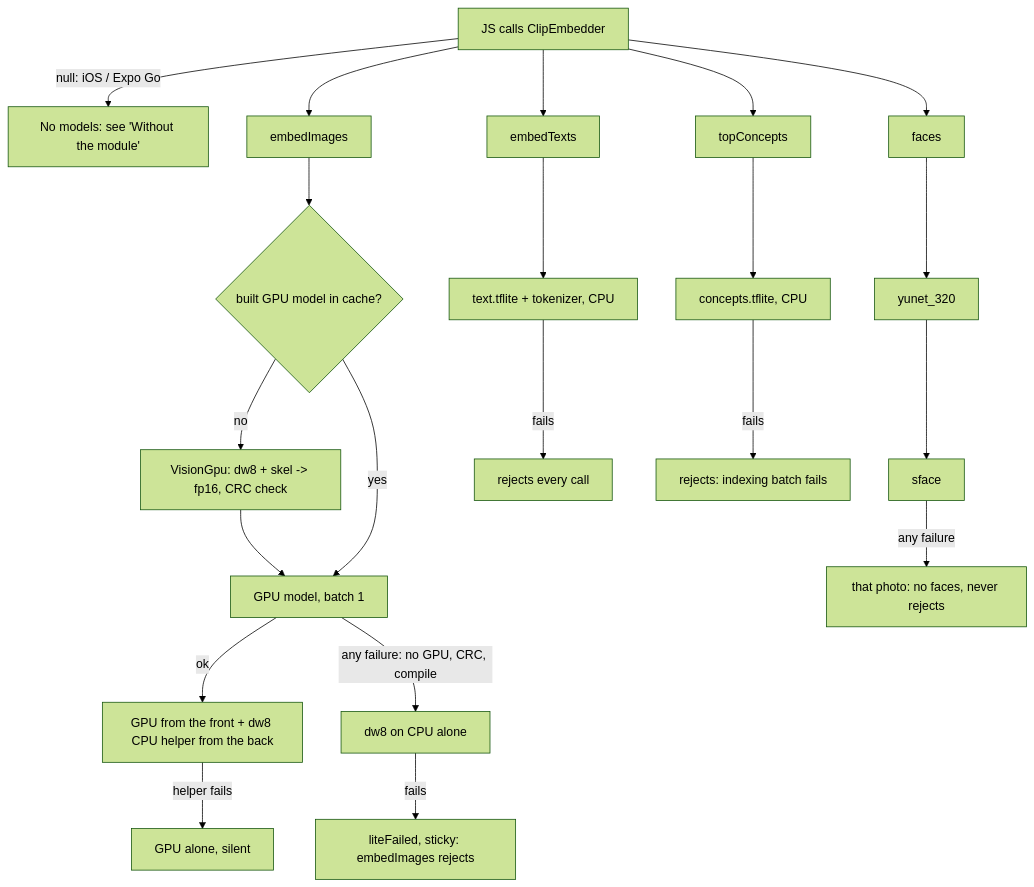
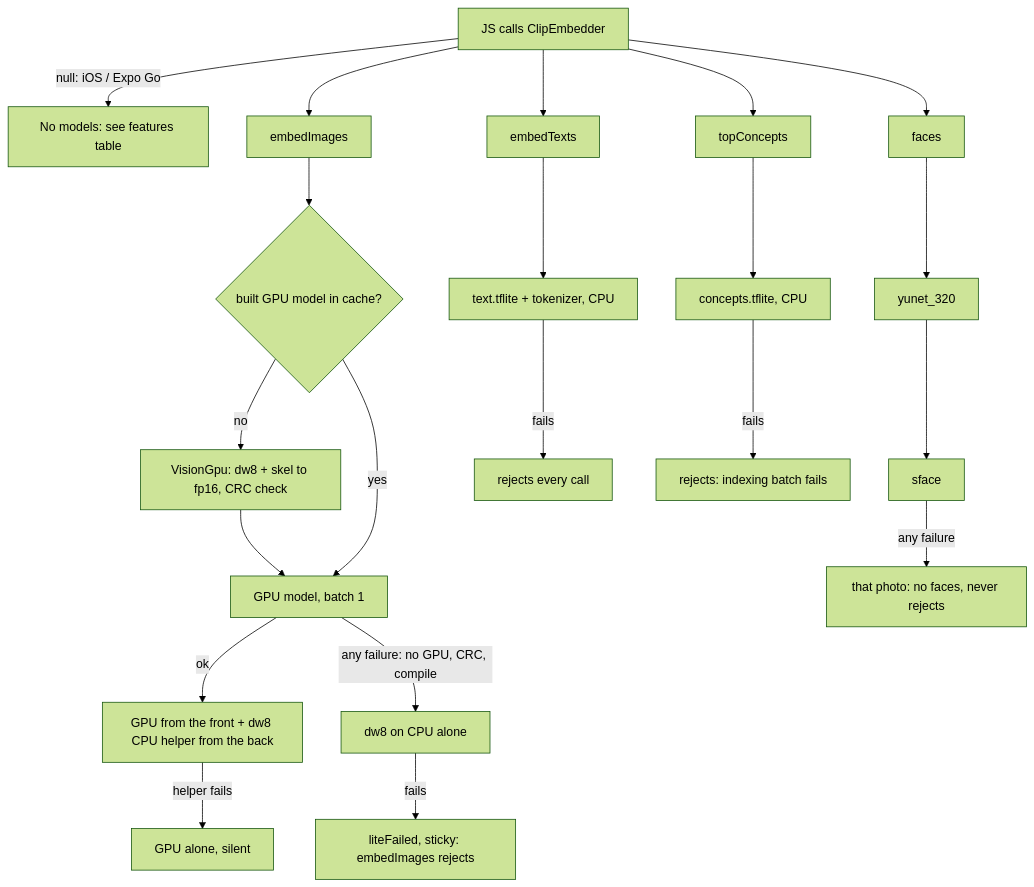
One commit to kerembay9/daydump-app changed the diagram in MODELS.md. Above: the diagram before and after it, drawn with Mermaid (forest theme).

Commit message:
MODELS.md: fix two flowchart labels

````diff
--- a/MODELS.md
+++ b/MODELS.md
@@ -27,21 +27,21 @@
 ```mermaid
 flowchart TD
-  JS[JS calls ClipEmbedder] -->|null: iOS / Expo Go| NONE[No models: see 'Without the module']
+  JS[JS calls ClipEmbedder] -->|null: iOS / Expo Go| NONE[No models: see features table]
   JS --> IMG[embedImages]
   JS --> TXT[embedTexts]
   JS --> CON[topConcepts]
   JS --> FACE[faces]
 
   IMG --> BUILD{built GPU model in cache?}
-  BUILD -->|no| VG[VisionGpu: dw8 + skel -> fp16, CRC check]
+  BUILD -->|no| VG[VisionGpu: dw8 + skel to fp16, CRC check]
   BUILD -->|yes| GPU
   VG --> GPU[GPU model, batch 1]
   GPU -->|ok| PAR[GPU from the front + dw8 CPU helper from the back]
   PAR -->|helper fails| GPUONLY[GPU alone, silent]
   GPU -->|any failure: no GPU, CRC, compile| CPU8[dw8 on CPU alone]
   CPU8 -->|fails| FAIL[liteFailed, sticky: embedImages rejects]
 
   TXT --> TM[text.tflite + tokenizer, CPU] -->|fails| TREJ[rejects every call]
   CON --> CM[concepts.tflite, CPU] -->|fails| CREJ[rejects: indexing batch fails]
   FACE --> YN[yunet_320] --> SF[sface] -->|any failure| NOF[that photo: no faces, never rejects]
 ```
````
